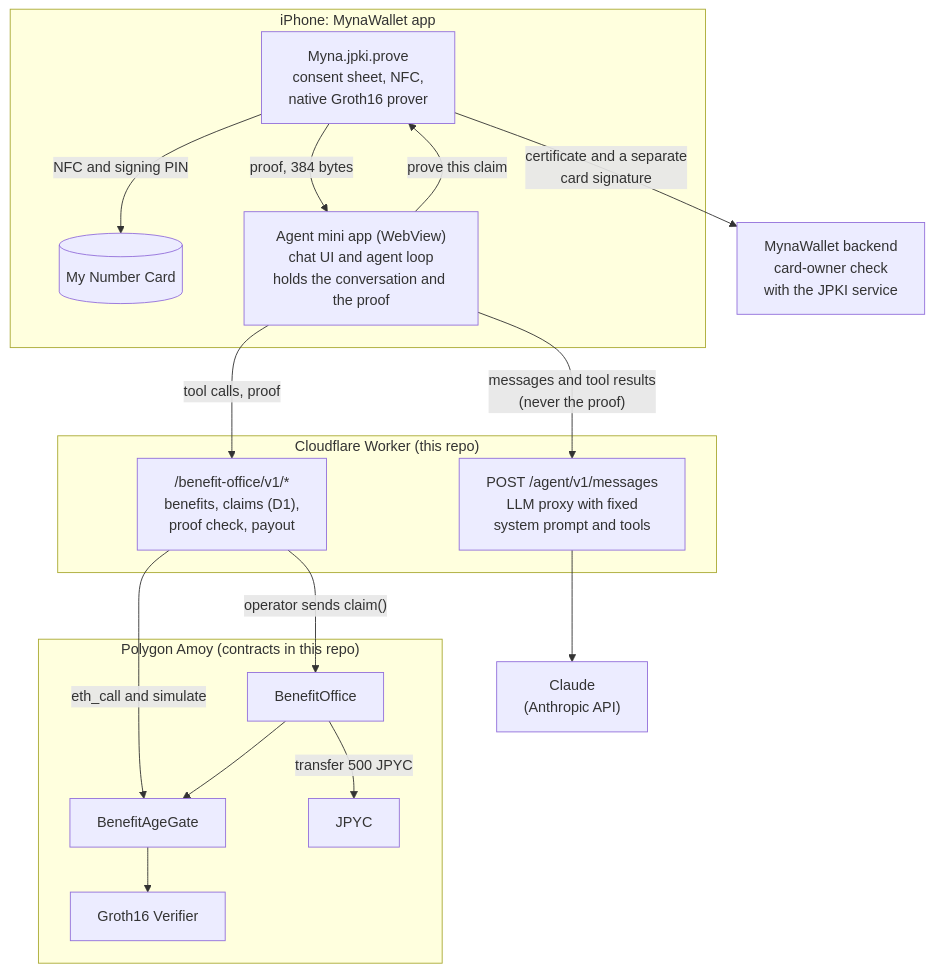
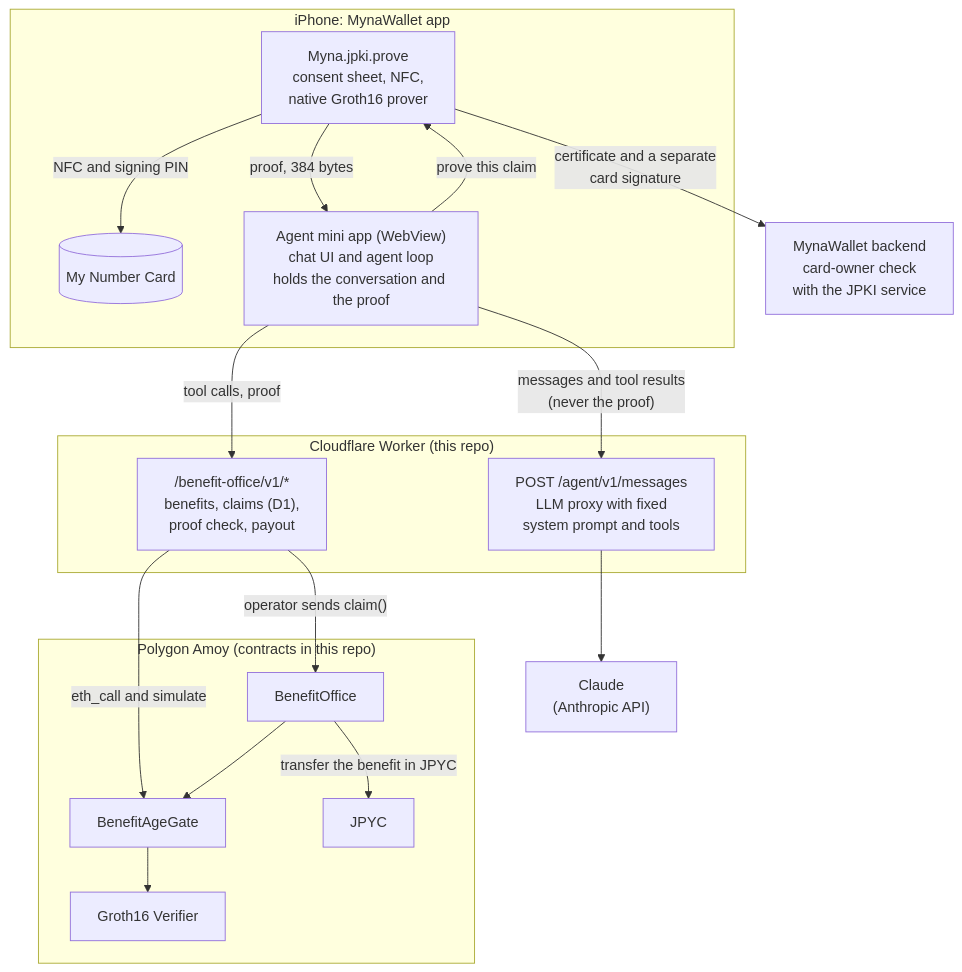
Before and after one commit to a42x/ETHGlobalTokyo2026: the first of 2 diagrams in README.md, drawn with Mermaid. The commit also changed other lines of this file and 1 other file, not shown here.

````diff
--- a/README.md
+++ b/README.md
@@ -78,33 +76,33 @@
 ```mermaid
 flowchart TB
   subgraph phone["iPhone: MynaWallet app"]
     card[("My Number Card")]
     prover["Myna.jpki.prove<br/>consent sheet, NFC,<br/>native Groth16 prover"]
     miniapp["Agent mini app (WebView)<br/>chat UI and agent loop<br/>holds the conversation and the proof"]
   end
   backend["MynaWallet backend<br/>card-owner check<br/>with the JPKI service"]
   claude["Claude<br/>(Anthropic API)"]
   subgraph worker["Cloudflare Worker (this repo)"]
     office["/benefit-office/v1/*<br/>benefits, claims (D1),<br/>proof check, payout"]
     proxy["POST /agent/v1/messages<br/>LLM proxy with fixed<br/>system prompt and tools"]
   end
   subgraph amoy["Polygon Amoy (contracts in this repo)"]
     bo["BenefitOffice"]
     gate["BenefitAgeGate"]
     verifier["Groth16 Verifier"]
     jpyc["JPYC"]
   end
 
   prover -- "NFC and signing PIN" --> card
   prover -- "certificate and a separate<br/>card signature" --> backend
   miniapp -- "prove this claim" --> prover
   prover -- "proof, 384 bytes" --> miniapp
   miniapp -- "messages and tool results<br/>(never the proof)" --> proxy
   proxy --> claude
   miniapp -- "tool calls, proof" --> office
   office -- "eth_call and simulate" --> gate
   office -- "operator sends claim()" --> bo
   bo --> gate
   gate --> verifier
-  bo -- "transfer 500 JPYC" --> jpyc
+  bo -- "transfer the benefit in JPYC" --> jpyc
 ```
````
